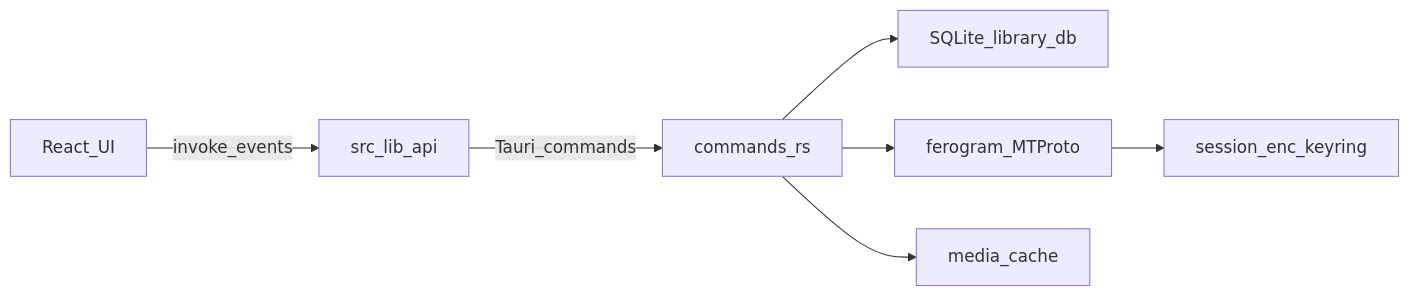
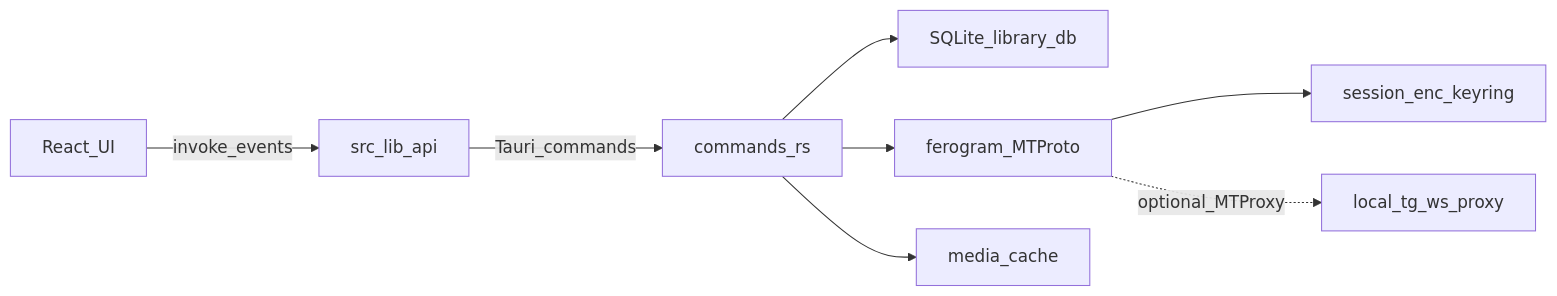
One commit to rastuhacode/soundgrammy changed the diagram in docs/architecture.md. Above: the diagram before and after it, drawn with Mermaid. The commit also changed other lines of this file and 36 other files, not shown here.

````diff
--- a/docs/architecture.md
+++ b/docs/architecture.md
@@ -5,9 +5,10 @@
 ```mermaid
 flowchart LR
   UI[React_UI] -->|invoke_events| API[src_lib_api]
   API -->|Tauri_commands| Cmds[commands_rs]
   Cmds --> Db[SQLite_library_db]
   Cmds --> Tg[ferogram_MTProto]
   Cmds --> Cache[media_cache]
   Tg --> Session[session_enc_keyring]
+  Tg -.->|optional_MTProxy| Proxy[local_tg_ws_proxy]
 ```
````
